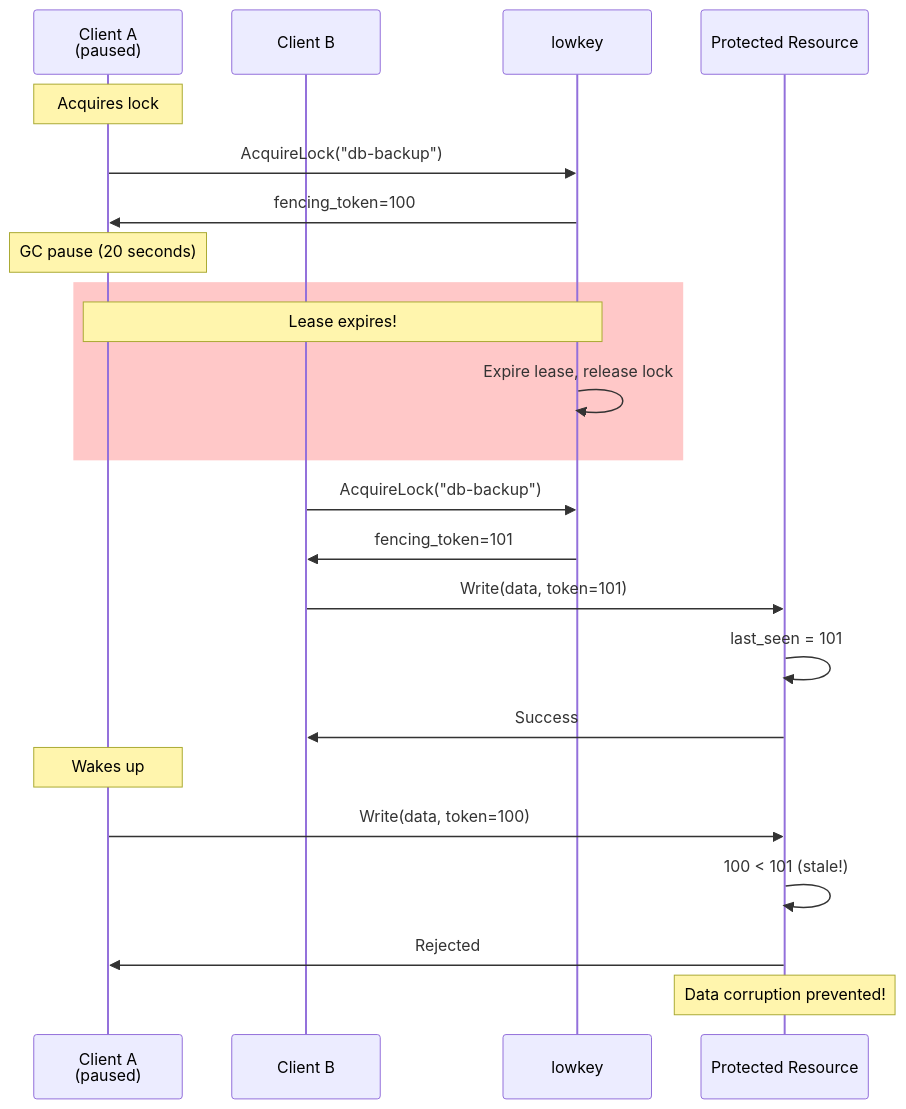
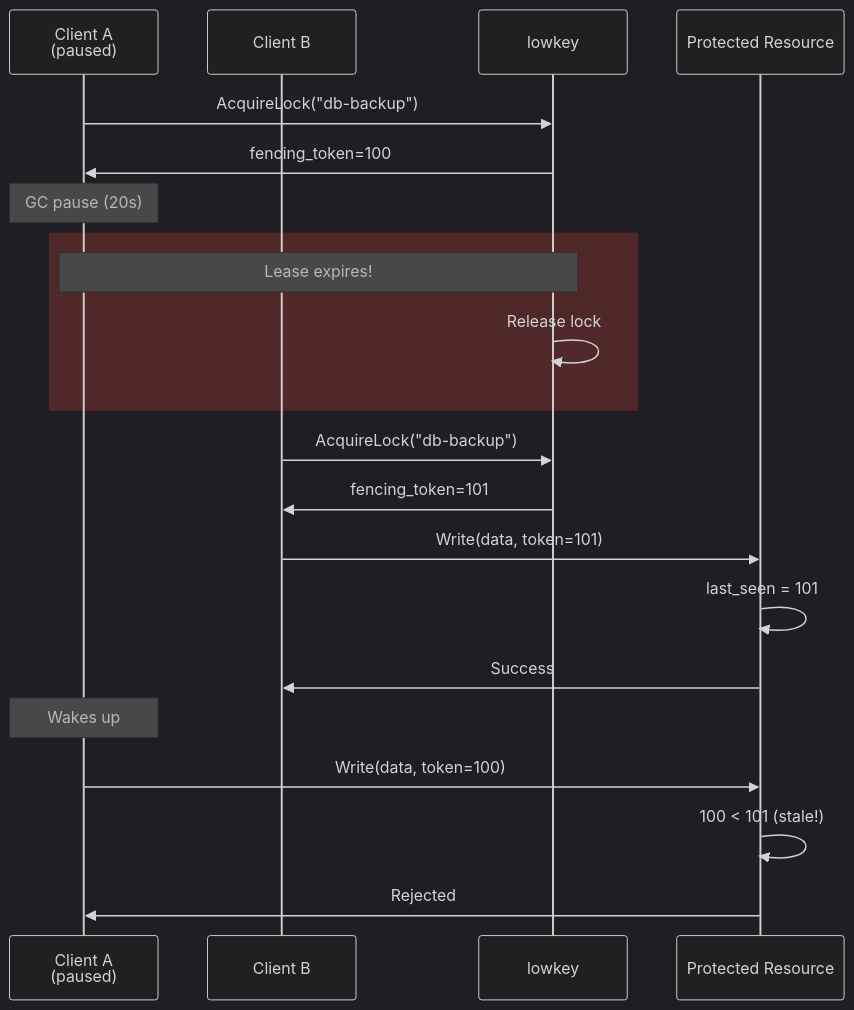
Before and after one commit to pixperk/lowkey: the third of 4 diagrams in README.md, drawn with Mermaid. The commit also changed other lines of this file and 2 other files, not shown here.

````diff
--- a/README.md
+++ b/README.md
@@ -144,31 +129,29 @@
 ```mermaid
+%%{init: {'theme':'dark'}}%%
 sequenceDiagram
     participant A as Client A<br/>(paused)
     participant B as Client B
     participant L as lowkey
     participant R as Protected Resource
 
-    Note over A: Acquires lock
     A->>L: AcquireLock("db-backup")
     L->>A: fencing_token=100
 
-    Note over A: GC pause (20 seconds)
-    rect rgb(255, 200, 200)
+    Note over A: GC pause (20s)
+    rect rgb(80, 40, 40)
         Note over A,L: Lease expires!
-        L->>L: Expire lease, release lock
+        L->>L: Release lock
     end
 
     B->>L: AcquireLock("db-backup")
     L->>B: fencing_token=101
 
     B->>R: Write(data, token=101)
     R->>R: last_seen = 101
     R->>B: Success
 
     Note over A: Wakes up
     A->>R: Write(data, token=100)
     R->>R: 100 < 101 (stale!)
     R->>A: Rejected
-
-    Note over R: Data corruption prevented!
 ```
````
